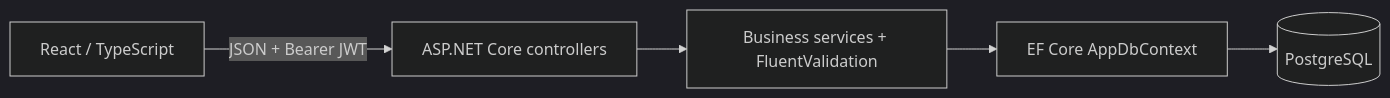
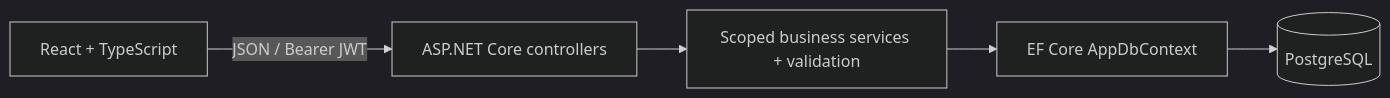
One commit to SCanerG/DemoErp changed the second of 4 diagrams in README.md. Above: the diagram before and after it, drawn with Mermaid (dark theme). The commit also changed other lines of this file and 179 other files, not shown here.

````diff
--- a/README.md
+++ b/README.md
@@ -168,7 +68,7 @@
 ```mermaid
 flowchart LR
-  React[React / TypeScript] -->|JSON + Bearer JWT| API[ASP.NET Core controllers]
-  API --> Logic[Business services + FluentValidation]
-  Logic --> EF[EF Core AppDbContext]
-  EF --> DB[(PostgreSQL)]
+  React[React + TypeScript] -->|JSON / Bearer JWT| API[ASP.NET Core controllers]
+  API --> Services[Scoped business services + validation]
+  Services --> EF[EF Core AppDbContext]
+  EF --> PG[(PostgreSQL)]
 ```
````
